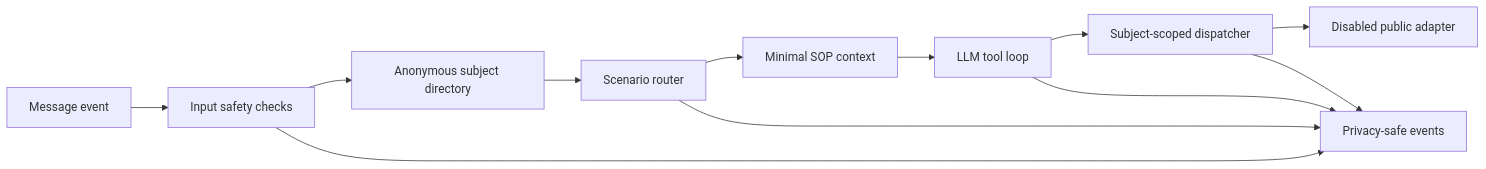
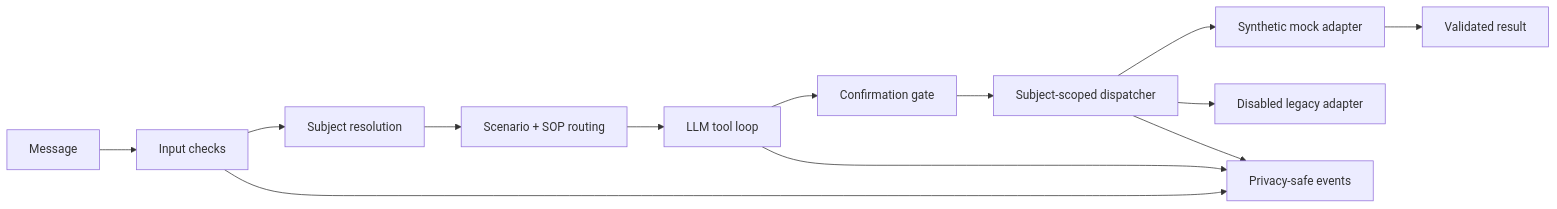
One commit to WandsgYu/sport-ai changed the diagram in README.md. Above: the diagram before and after it, drawn with Mermaid. The commit also changed other lines of this file and 19 other files, not shown here.

````diff
--- a/README.md
+++ b/README.md
@@ -29,14 +44,15 @@
 ```mermaid
 flowchart LR
-    A["Message event"] --> B["Input safety checks"]
-    B --> C["Anonymous subject directory"]
-    C --> D["Scenario router"]
-    D --> E["Minimal SOP context"]
-    E --> F["LLM tool loop"]
+    A["Message"] --> B["Input checks"]
+    B --> C["Subject resolution"]
+    C --> D["Scenario + SOP routing"]
+    D --> E["LLM tool loop"]
+    E --> F["Confirmation gate"]
     F --> G["Subject-scoped dispatcher"]
-    G --> H["Disabled public adapter"]
-    B --> I["Privacy-safe events"]
-    D --> I
-    F --> I
-    G --> I
+    G --> H["Synthetic mock adapter"]
+    G --> I["Disabled legacy adapter"]
+    H --> J["Validated result"]
+    B --> K["Privacy-safe events"]
+    E --> K
+    G --> K
 ```
````
